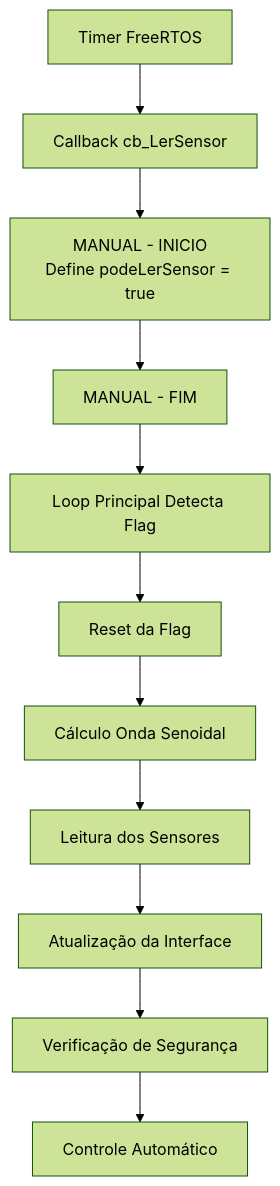
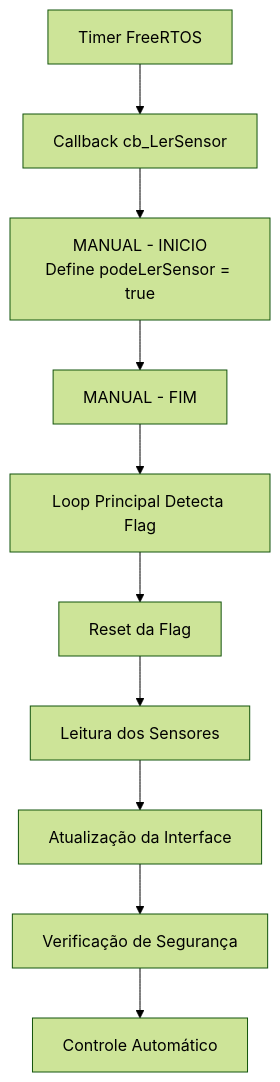
Before and after one commit to fkimagem/displayfk: the fifth of 13 diagrams in examples/ESP32/ILI9488/proj_motor/fluxo.md, drawn with Mermaid (forest theme). The commit also changed other lines of this file and 5 other files, not shown here.

````diff
--- a/examples/ESP32/ILI9488/proj_motor/fluxo.md
+++ b/examples/ESP32/ILI9488/proj_motor/fluxo.md
@@ -150,13 +143,12 @@
 ```mermaid
 flowchart TD
     A["Timer FreeRTOS"] --> B["Callback cb_LerSensor"]
     B --> C["MANUAL - INICIO<br/>Define podeLerSensor = true"]
     C --> D["MANUAL - FIM"]
     D --> E["Loop Principal Detecta Flag"]
     E --> F["Reset da Flag"]
-    F --> G["Cálculo Onda Senoidal"]
-    G --> H["Leitura dos Sensores"]
+    F --> H["Leitura dos Sensores"]
     H --> I["Atualização da Interface"]
     I --> J["Verificação de Segurança"]
     J --> K["Controle Automático"]
 ```
````
